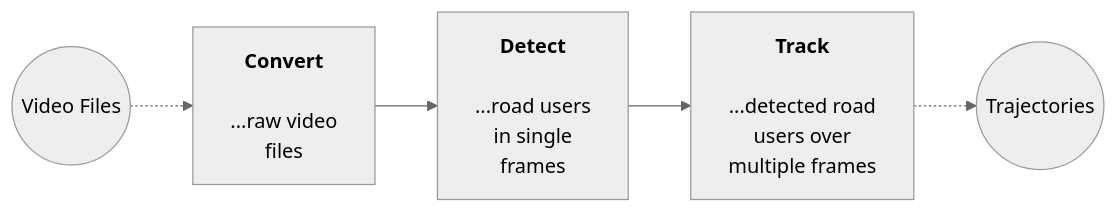
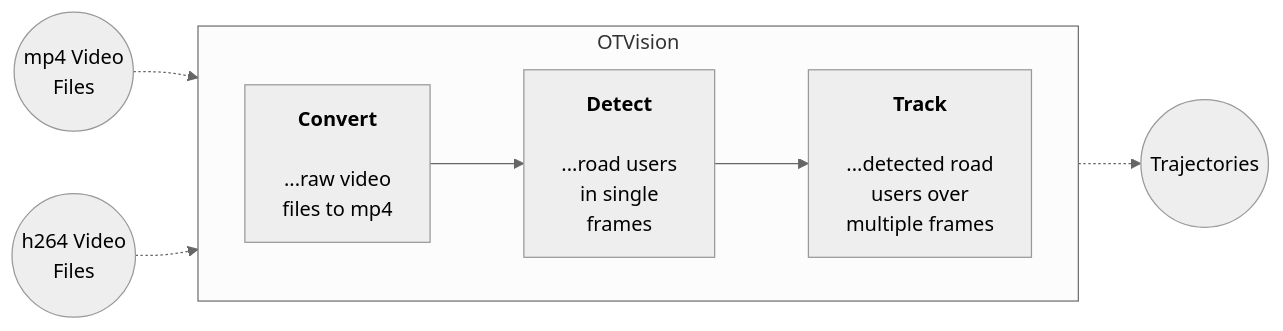
One commit to OpenTrafficCam/OTDocs changed the diagram in docs/OTVision/index.md. Above: the diagram before and after it, drawn with Mermaid (neutral theme).

Commit message:
Modify graph

````diff
--- a/docs/OTVision/index.md
+++ b/docs/OTVision/index.md
@@ -9,7 +9,11 @@
 ```mermaid
 graph LR
-    vf((Video Files)) .-> conv[<b>Convert</b>\n\n...raw video\nfiles];
-    conv --> det[<b>Detect</b>\n\n...road users\nin single\nframes];
-    det --> tr[<b>Track</b>\n\n...detected road\nusers over\nmultiple frames];
-    tr .-> traj((Trajectories));
+    subgraph OTVision
+        direction LR
+        conv[<b>Convert</b>\n\n...raw video\nfiles to mp4] --> det[<b>Detect</b>\n\n...road users\nin single\nframes]
+        det --> tr[<b>Track</b>\n\n...detected road\nusers over\nmultiple frames]
+    end
+    tr .-> traj((Trajectories))
+    vf((mp4 Video\nFiles)) .-> det
+    rvf((h264 Video\nFiles)) .-> conv
 ```
````
